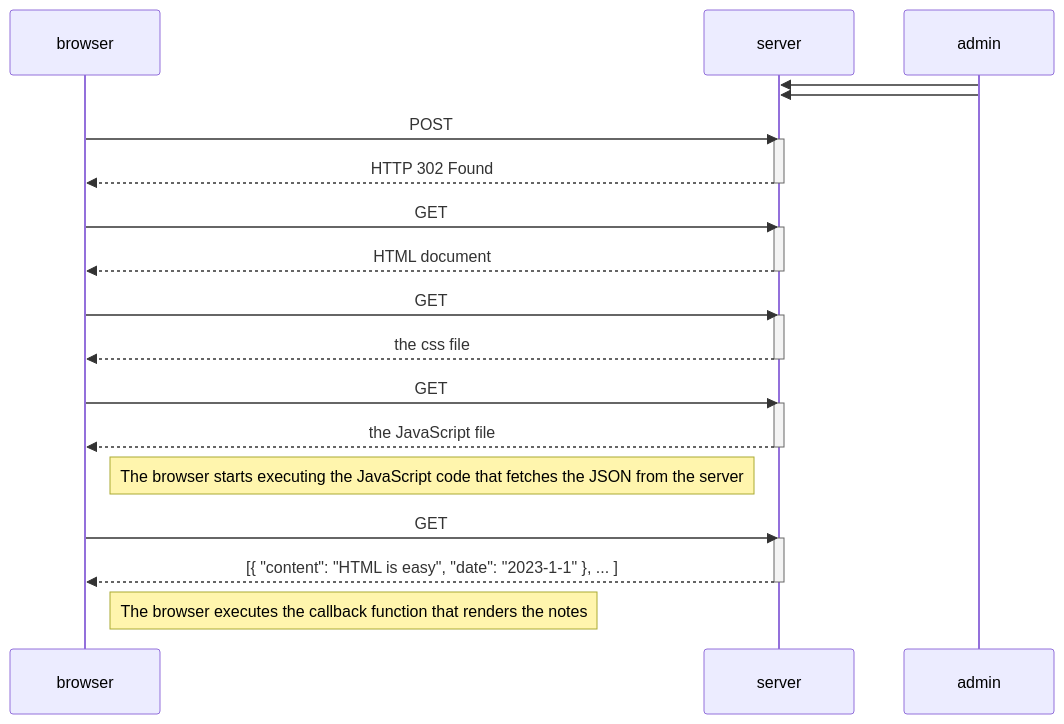
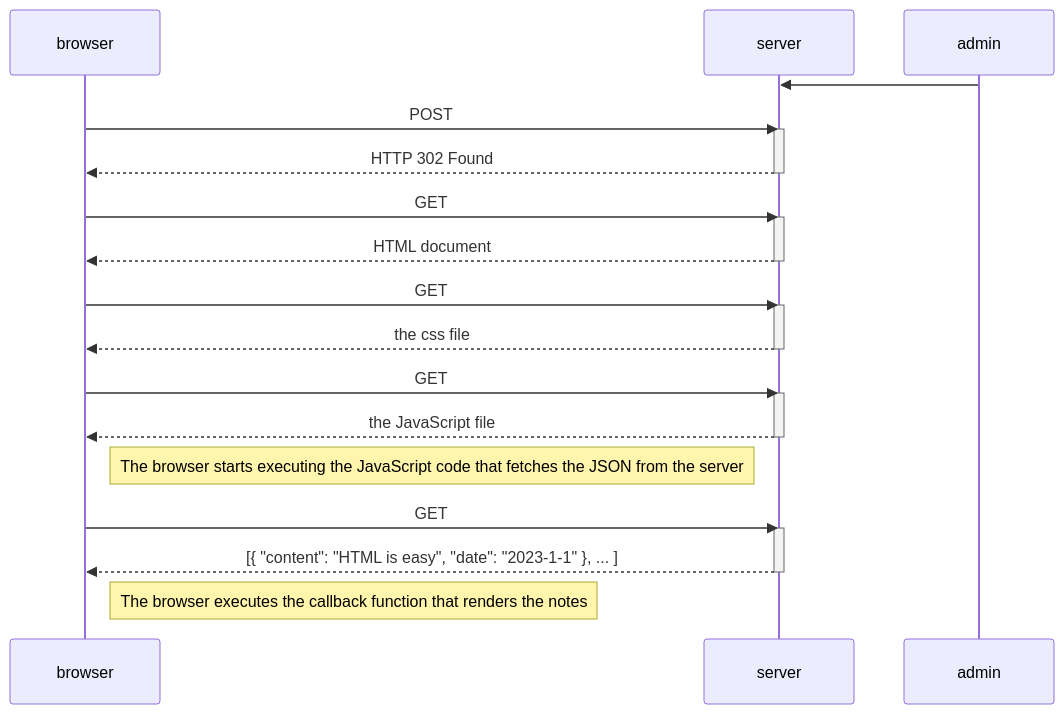
One commit to KRISH-76/Fullstackopen changed the diagram in part 0/0.4.md. Above: the diagram before and after it, drawn with Mermaid.

````diff
--- a/part 0/0.4.md
+++ b/part 0/0.4.md
@@ -1,42 +1,42 @@
 ```mermaid
 sequenceDiagram
     participant browser
     participant server
     participant admin
 
     admin->>server:
-    admin->>server:
+    
 
 
     browser->>server: POST 
     activate server
     server-->>browser: HTTP 302 Found
     deactivate server
 
 
 
 
     browser->>server: GET 
     activate server
     server-->>browser: HTML document
     deactivate server
 
     browser->>server: GET 
     activate server
     server-->>browser: the css file
     deactivate server
 
     browser->>server: GET 
     activate server
     server-->>browser: the JavaScript file
     deactivate server
 
     Note right of browser: The browser starts executing the JavaScript code that fetches the JSON from the server
 
     browser->>server: GET 
     activate server
     server-->>browser: [{ "content": "HTML is easy", "date": "2023-1-1" }, ... ]
     deactivate server
 
     Note right of browser: The browser executes the callback function that renders the notes
 ```
````
